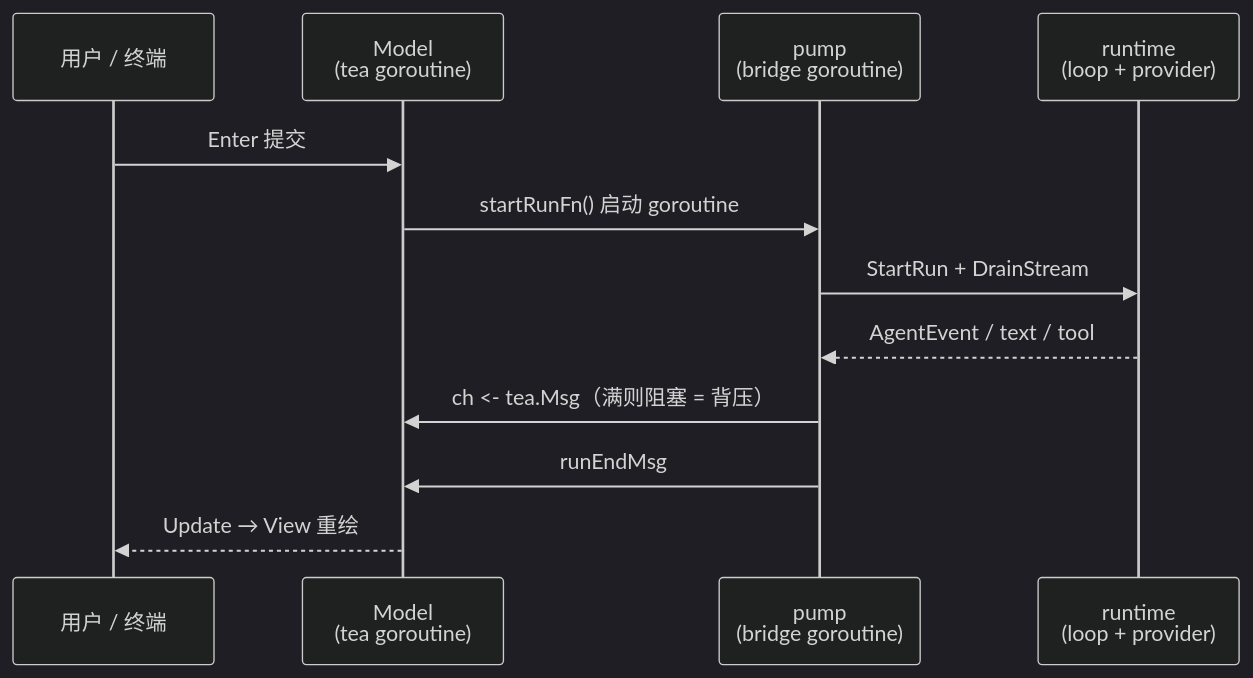
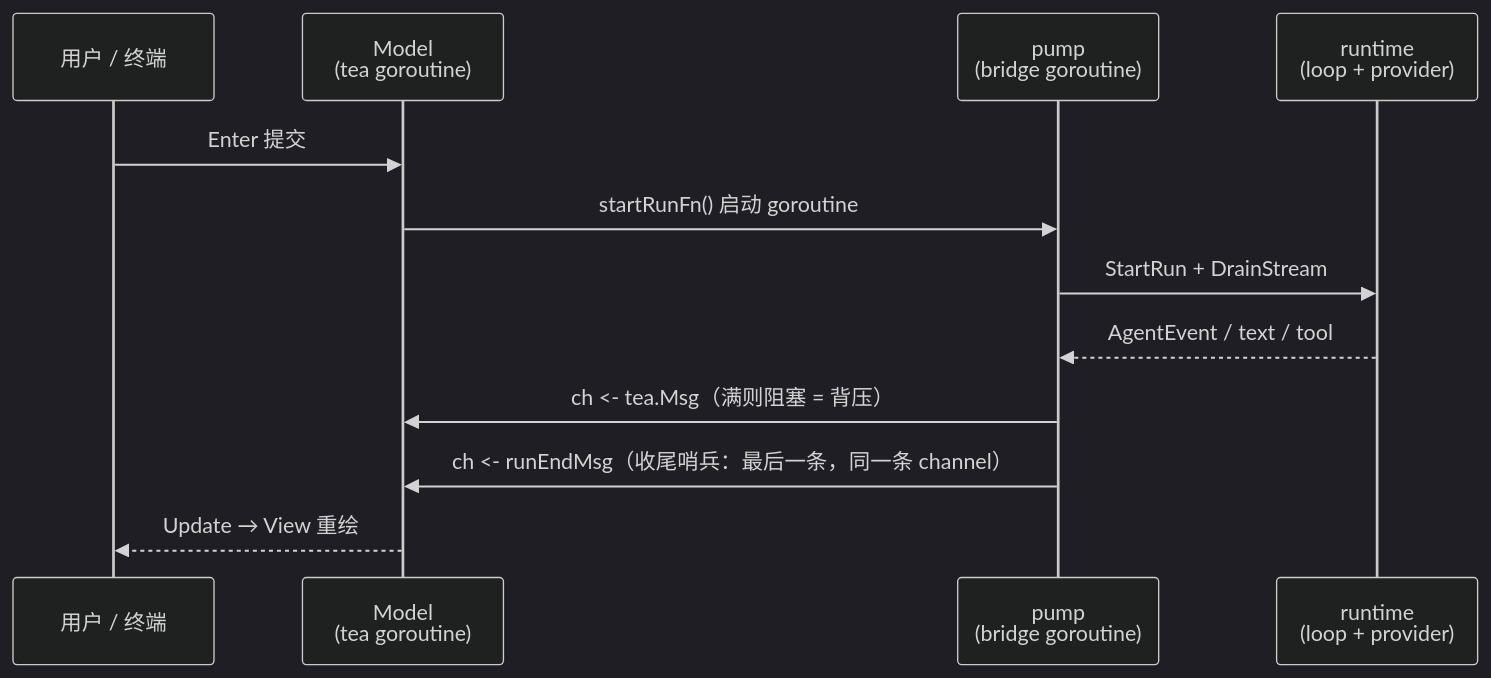
Before and after one commit to stormZhu/pigo: the second of 4 diagrams in study/全屏TUI事件桥与MVU生命周期设计.md, drawn with Mermaid (dark theme). The commit also changed other lines of this file and 4 other files, not shown here.

````diff
--- a/study/全屏TUI事件桥与MVU生命周期设计.md
+++ b/study/全屏TUI事件桥与MVU生命周期设计.md
@@ -140,15 +222,15 @@
 ```mermaid
 sequenceDiagram
     participant U as 用户 / 终端
     participant M as Model<br/>(tea goroutine)
     participant P as pump<br/>(bridge goroutine)
     participant R as runtime<br/>(loop + provider)
 
     U->>M: Enter 提交
     M->>P: startRunFn() 启动 goroutine
     P->>R: StartRun + DrainStream
     R-->>P: AgentEvent / text / tool
     P->>M: ch <- tea.Msg（满则阻塞 = 背压）
-    P->>M: runEndMsg
+    P->>M: ch <- runEndMsg（收尾哨兵：最后一条，同一条 channel）
     M-->>U: Update → View 重绘
 ```
````
